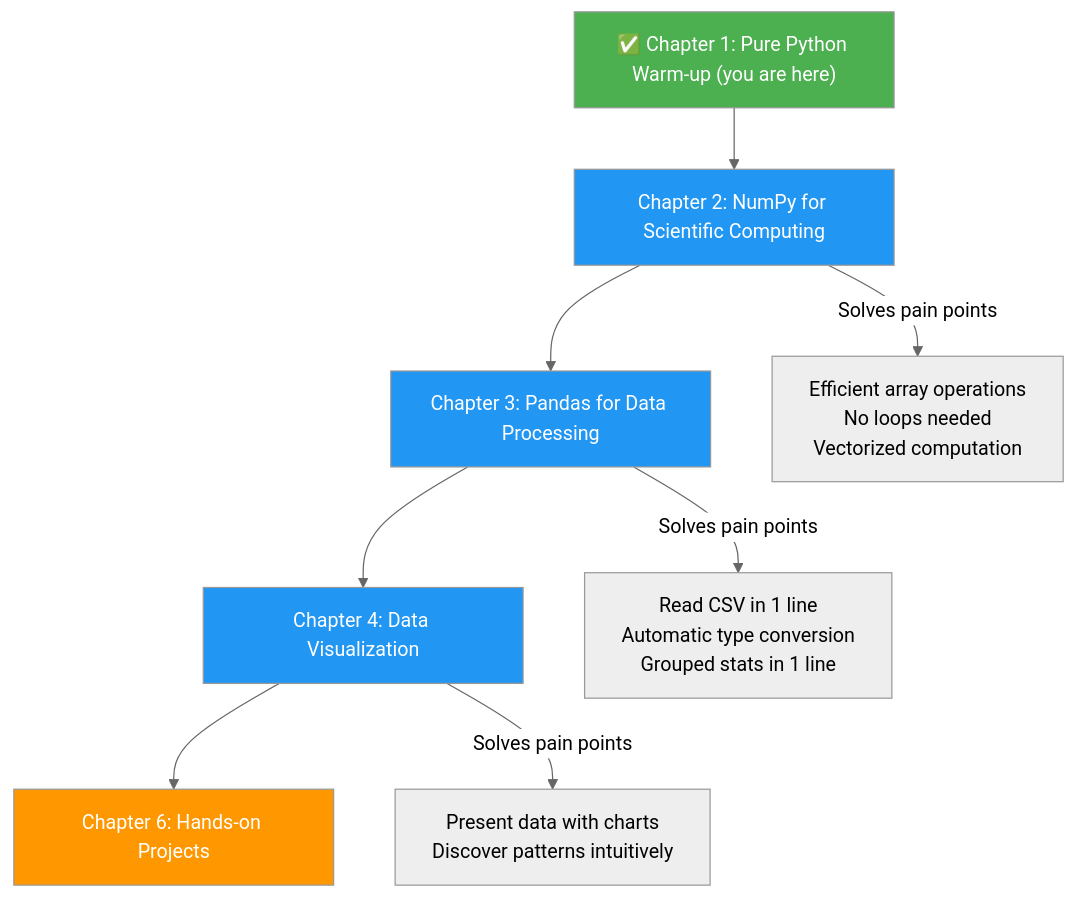
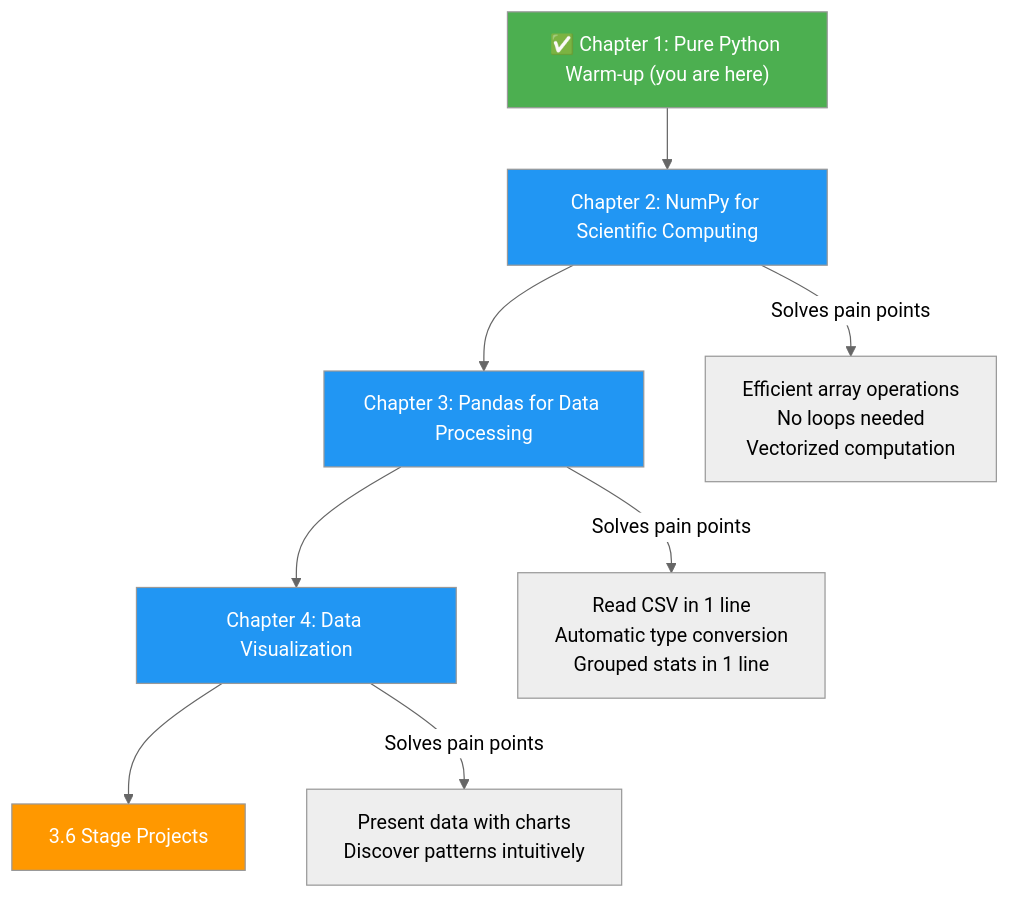
The third of 3 diagrams in docs/ch03-data-analysis/ch01-warmup/01-pure-python-data.md (oudbiao/AI-fullstack-course), drawn with Mermaid (neutral theme) before and after one commit. The commit also changed other lines of this file and 1296 other files, not shown here.

````diff
--- a/docs/ch03-data-analysis/ch01-warmup/01-pure-python-data.md
+++ b/docs/ch03-data-analysis/ch01-warmup/01-pure-python-data.md
@@ -676,17 +676,17 @@
 ```mermaid
 flowchart TD
     A["✅ Chapter 1: Pure Python Warm-up (you are here)"] --> B["Chapter 2: NumPy for Scientific Computing"]
     B --> C["Chapter 3: Pandas for Data Processing"]
     C --> D["Chapter 4: Data Visualization"]
-    D --> E["Chapter 6: Hands-on Projects"]
+    D --> E["3.6 Stage Projects"]
 
     B -- "Solves pain points" --> B1["Efficient array operations<br/>No loops needed<br/>Vectorized computation"]
     C -- "Solves pain points" --> C1["Read CSV in 1 line<br/>Automatic type conversion<br/>Grouped stats in 1 line"]
     D -- "Solves pain points" --> D1["Present data with charts<br/>Discover patterns intuitively"]
 
     style A fill:#4caf50,color:#fff
     style B fill:#2196f3,color:#fff
     style C fill:#2196f3,color:#fff
     style D fill:#2196f3,color:#fff
     style E fill:#ff9800,color:#fff
 ```
````
